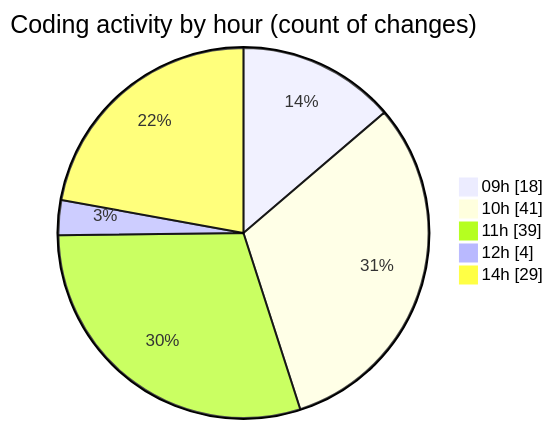
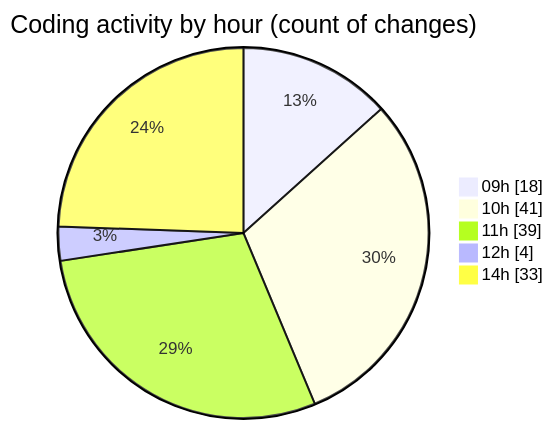
The second of 2 diagrams in 2025-02-11/cda/README.md (momahboobian/code-tracking), drawn with Mermaid before and after one commit. The commit also changed other lines of this file and 1 other file, not shown here.

````diff
--- a/2025-02-11/cda/README.md
+++ b/2025-02-11/cda/README.md
@@ -32,9 +32,9 @@
 ```mermaid
 pie showData
 title Coding activity by hour (count of changes)
 "09h" : 18
 "10h" : 41
 "11h" : 39
 "12h" : 4
-"14h" : 29
+"14h" : 33
 ```
````
